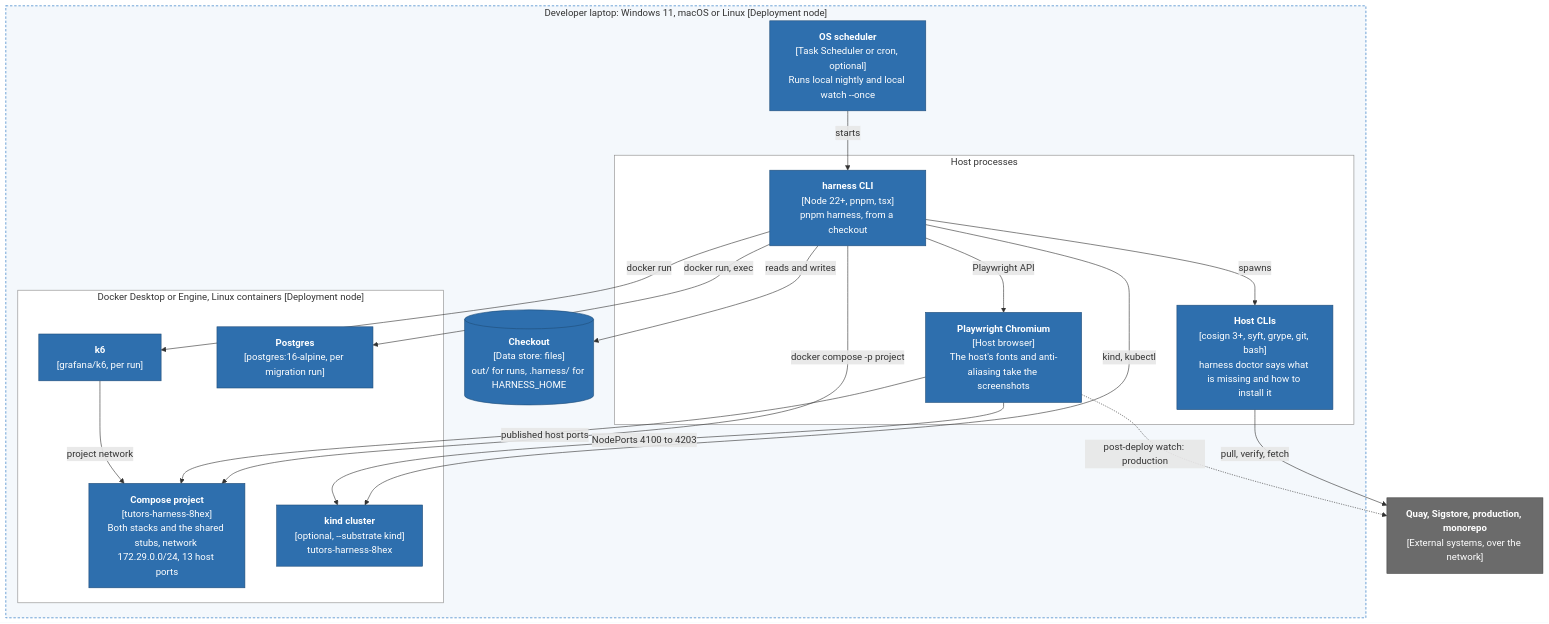
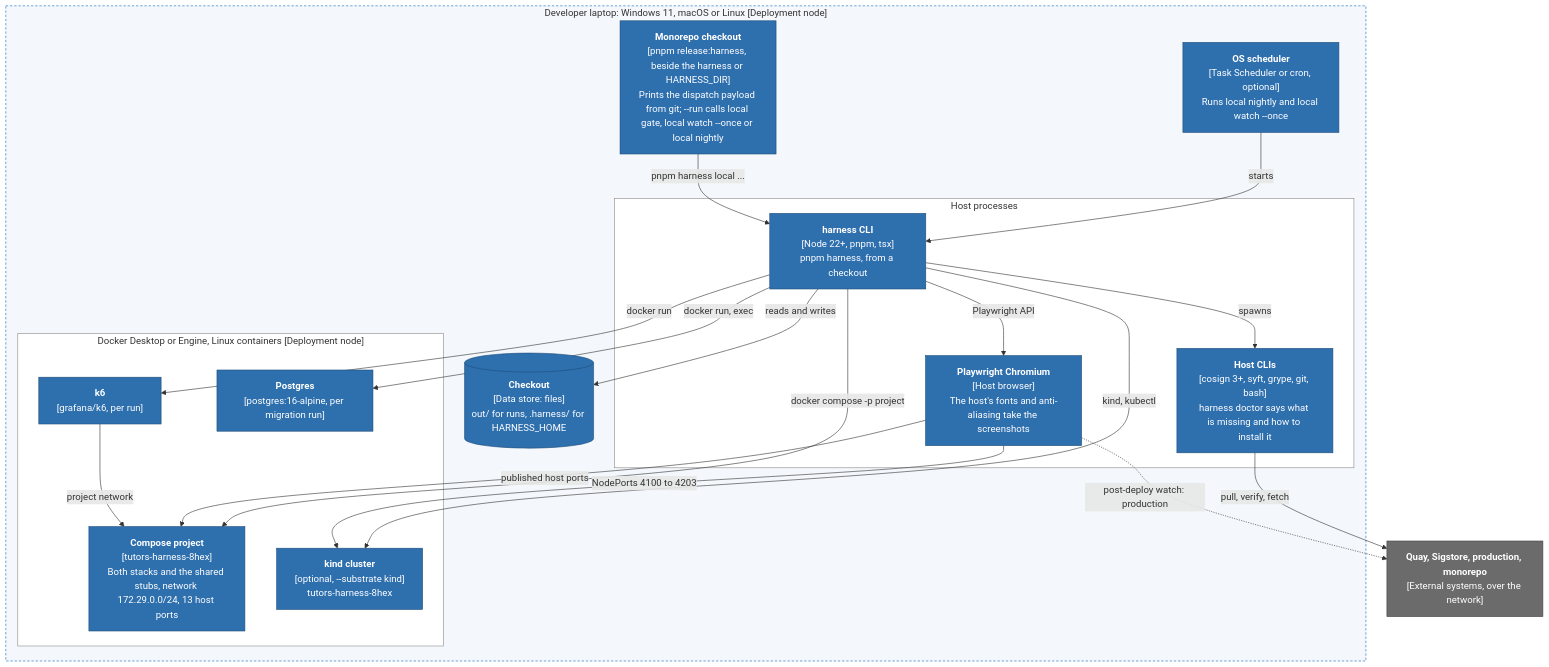
One commit to tutors-sdk/tutors-release-harness changed the first of 3 diagrams in docs/architecture/05-deployment.md. Above: the diagram before and after it, drawn with Mermaid. The commit also changed other lines of this file and 6 other files, not shown here.

Commit message:
Architecture docs: reflect the merged monorepo work (deploy.yml, promotion, local trigger) and record doc drift

````diff
--- a/docs/architecture/05-deployment.md
+++ b/docs/architecture/05-deployment.md
@@ -18,40 +22,42 @@
 ```mermaid
 flowchart TB
   subgraph laptop["Developer laptop: Windows 11, macOS or Linux [Deployment node]"]
     subgraph host["Host processes"]
       cli["<b>harness CLI</b><br/>[Node 22+, pnpm, tsx]<br/>pnpm harness, from a checkout"]:::container
       chromium["<b>Playwright Chromium</b><br/>[Host browser]<br/>The host's fonts and anti-aliasing take the screenshots"]:::container
       tools["<b>Host CLIs</b><br/>[cosign 3+, syft, grype, git, bash]<br/>harness doctor says what is missing and how to install it"]:::container
     end
     subgraph docker["Docker Desktop or Engine, Linux containers [Deployment node]"]
       stacks["<b>Compose project</b><br/>[tutors-harness-8hex]<br/>Both stacks and the shared stubs, network 172.29.0.0/24, 13 host ports"]:::container
       k6["<b>k6</b><br/>[grafana/k6, per run]"]:::container
       pg["<b>Postgres</b><br/>[postgres:16-alpine, per migration run]"]:::container
       kind["<b>kind cluster</b><br/>[optional, --substrate kind]<br/>tutors-harness-8hex"]:::container
     end
     checkout[("<b>Checkout</b><br/>[Data store: files]<br/>out/ for runs, .harness/ for HARNESS_HOME")]:::store
+    monoc["<b>Monorepo checkout</b><br/>[pnpm release:harness, beside the harness or HARNESS_DIR]<br/>Prints the dispatch payload from git; --run calls local gate, local watch --once or local nightly"]:::container
     sched["<b>OS scheduler</b><br/>[Task Scheduler or cron, optional]<br/>Runs local nightly and local watch --once"]:::container
   end
   net["<b>Quay, Sigstore, production, monorepo</b><br/>[External systems, over the network]"]:::ext
 
   cli -->|"docker compose -p project"| stacks
   cli -->|"docker run"| k6
   cli -->|"docker run, exec"| pg
   cli -->|"kind, kubectl"| kind
   cli -->|"Playwright API"| chromium
   cli -->|"spawns"| tools
   chromium -->|"published host ports"| stacks
   chromium -->|"NodePorts 4100 to 4203"| kind
   k6 -->|"project network"| stacks
   cli -->|"reads and writes"| checkout
   sched -->|"starts"| cli
+  monoc -->|"pnpm harness local ..."| cli
   tools -->|"pull, verify, fetch"| net
   chromium -.->|"post-deploy watch: production"| net
 
   classDef container fill:#2e6fae,stroke:#1f4d7a,color:#ffffff
   classDef store fill:#2e6fae,stroke:#1f4d7a,color:#ffffff
   classDef ext fill:#6b6b6b,stroke:#444444,color:#ffffff
   style laptop fill:#f4f8fc,stroke:#1168bd,stroke-dasharray:4 3
   style host fill:#ffffff,stroke:#8a8a8a
   style docker fill:#ffffff,stroke:#8a8a8a
 ```
````
